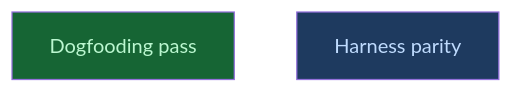
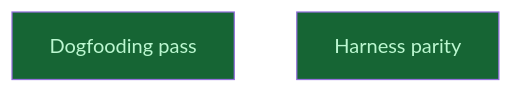
One commit to CrackingShells/Candler changed the diagram in __roadmap__/integrity/causes/checkpoint/snapshot/review/dogfood/README.md. Above: the diagram before and after it, drawn with Mermaid. The commit also changed other lines of this file and 4 other files, not shown here.

Commit message:
rdm(api): close seam review 3 and harness parity

````diff
--- a/__roadmap__/integrity/causes/checkpoint/snapshot/review/dogfood/README.md
+++ b/__roadmap__/integrity/causes/checkpoint/snapshot/review/dogfood/README.md
@@ -17,10 +17,10 @@
 ```mermaid
 graph TD
     dogfooding_pass[Dogfooding pass]:::done
-    parity[Harness parity]:::amendment
+    parity[Harness parity]:::done
     classDef done       fill:#166534,color:#bbf7d0
     classDef inprogress fill:#854d0e,color:#fef08a
     classDef planned    fill:#374151,color:#e5e7eb
     classDef amendment  fill:#1e3a5f,color:#bfdbfe
     classDef blocked    fill:#7f1d1d,color:#fecaca
 ```
````
